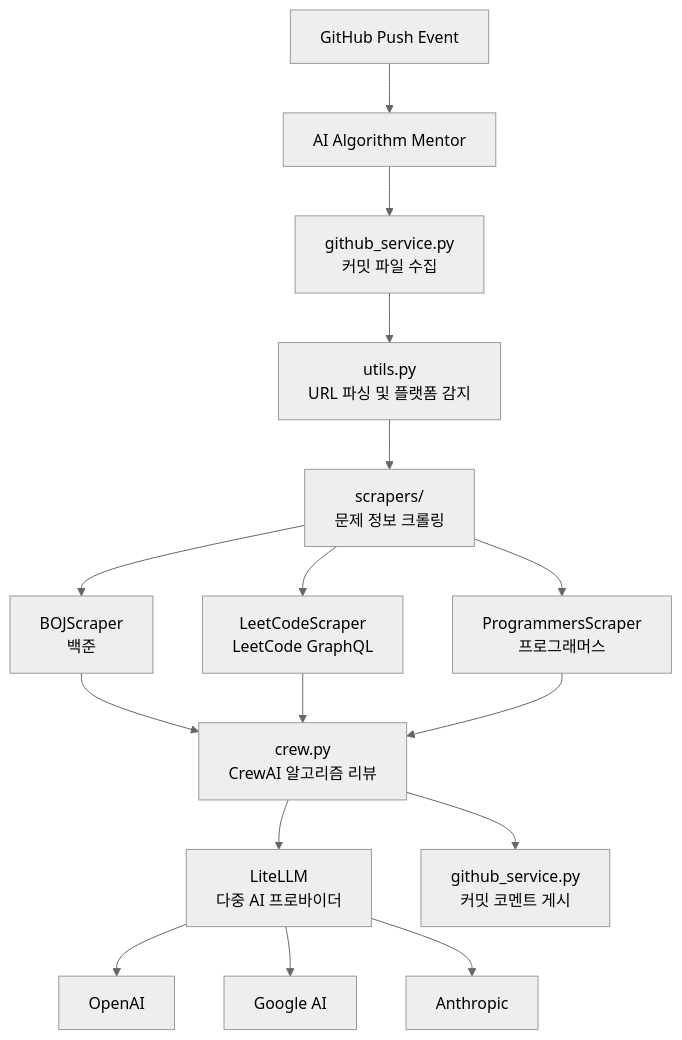
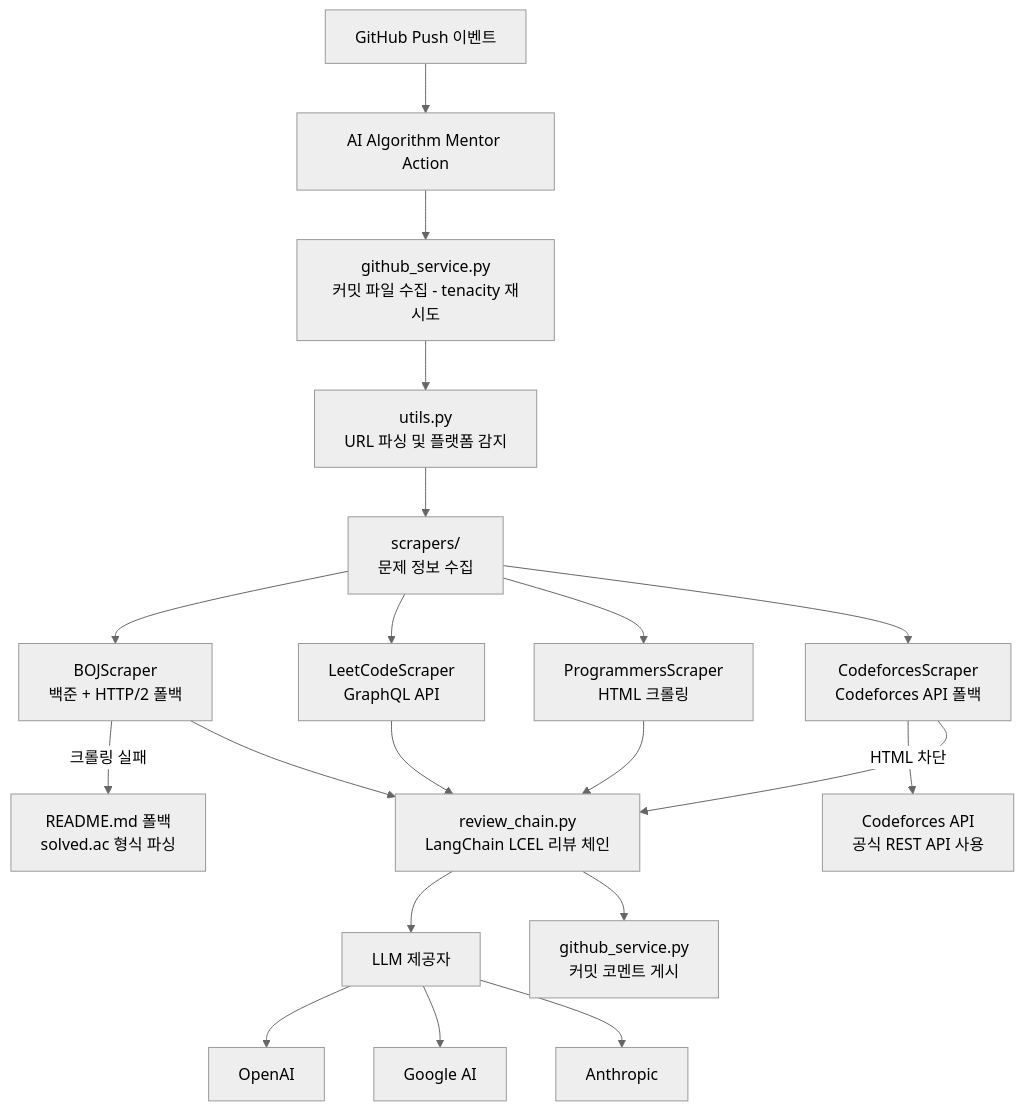
The diagram in README.md (actions-marketplace-validations/choam2426_AI-Algorithm-Mentor), drawn with Mermaid (neutral theme) before and after one commit. The commit also changed other lines of this file and 1 other file, not shown here.

````diff
--- a/README.md
+++ b/README.md
@@ -157,20 +196,24 @@
 ```mermaid
 graph TD
-    A[GitHub Push Event] --> B[AI Algorithm Mentor]
-    B --> C[github_service.py<br/>커밋 파일 수집]
+    A[GitHub Push 이벤트] --> B[AI Algorithm Mentor Action]
+    B --> C[github_service.py<br/>커밋 파일 수집 - tenacity 재시도]
     C --> D[utils.py<br/>URL 파싱 및 플랫폼 감지]
-    D --> E[scrapers/<br/>문제 정보 크롤링]
-    
-    E --> E1[BOJScraper<br/>백준]
-    E --> E2[LeetCodeScraper<br/>LeetCode GraphQL]
-    E --> E3[ProgrammersScraper<br/>프로그래머스]
-    
-    E1 & E2 & E3 --> F[crew.py<br/>CrewAI 알고리즘 리뷰]
-    
-    F --> G[LiteLLM<br/>다중 AI 프로바이더]
-    G --> G1[OpenAI]
-    G --> G2[Google AI]
-    G --> G3[Anthropic]
-    
-    F --> H[github_service.py<br/>커밋 코멘트 게시]
+    D --> E[scrapers/<br/>문제 정보 수집]
+
+    E --> E1[BOJScraper<br/>백준 + HTTP/2 폴백]
+    E --> E2[LeetCodeScraper<br/>GraphQL API]
+    E --> E3[ProgrammersScraper<br/>HTML 크롤링]
+    E --> E4[CodeforcesScraper<br/>Codeforces API 폴백]
+
+    E1 -->|크롤링 실패| F1[README.md 폴백<br/>solved.ac 형식 파싱]
+    E4 -->|HTML 차단| F2[Codeforces API<br/>공식 REST API 사용]
+
+    E1 & E2 & E3 & E4 --> G[review_chain.py<br/>LangChain LCEL 리뷰 체인]
+
+    G --> H[LLM 제공자]
+    H --> H1[OpenAI]
+    H --> H2[Google AI]
+    H --> H3[Anthropic]
+
+    G --> I[github_service.py<br/>커밋 코멘트 게시]
 ```
````
